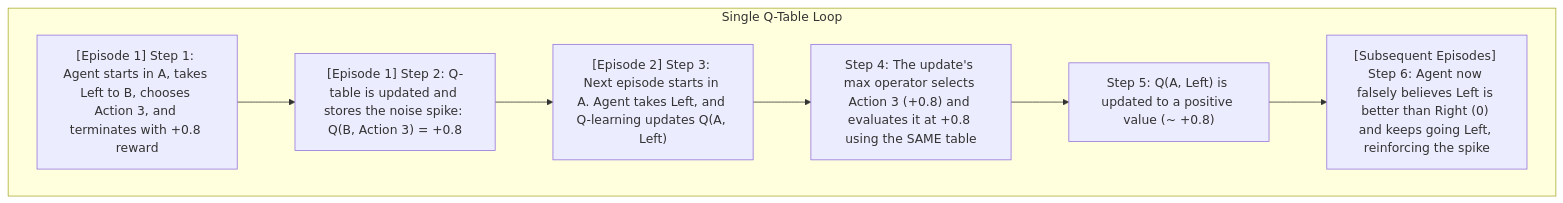
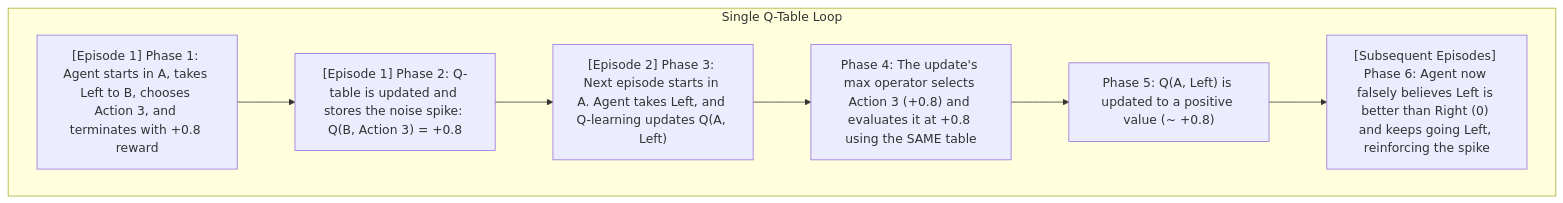
Before and after one commit to samratkar/drl: the sixth of 8 diagrams in barto-sutton-notes/lecture5-td/lecture5-td.md, drawn with Mermaid. The commit also changed other lines of this file, not shown here.

````diff
--- a/barto-sutton-notes/lecture5-td/lecture5-td.md
+++ b/barto-sutton-notes/lecture5-td/lecture5-td.md
@@ -1220,10 +1220,10 @@
 ```mermaid
 graph TD
     subgraph Single Q-Table Loop
-        S1["[Episode 1] Step 1: Agent starts in A, takes Left to B, chooses Action 3, and terminates with +0.8 reward"] --> S2["[Episode 1] Step 2: Q-table is updated and stores the noise spike: Q(B, Action 3) = +0.8"]
-        S2 --> S3["[Episode 2] Step 3: Next episode starts in A. Agent takes Left, and Q-learning updates Q(A, Left)"]
-        S3 --> S4["Step 4: The update's max operator selects Action 3 (+0.8) and evaluates it at +0.8 using the SAME table"]
-        S4 --> S5["Step 5: Q(A, Left) is updated to a positive value (~ +0.8)"]
-        S5 --> S6["[Subsequent Episodes] Step 6: Agent now falsely believes Left is better than Right (0) and keeps going Left, reinforcing the spike"]
+        S1["[Episode 1] Phase 1: Agent starts in A, takes Left to B, chooses Action 3, and terminates with +0.8 reward"] --> S2["[Episode 1] Phase 2: Q-table is updated and stores the noise spike: Q(B, Action 3) = +0.8"]
+        S2 --> S3["[Episode 2] Phase 3: Next episode starts in A. Agent takes Left, and Q-learning updates Q(A, Left)"]
+        S3 --> S4["Phase 4: The update's max operator selects Action 3 (+0.8) and evaluates it at +0.8 using the SAME table"]
+        S4 --> S5["Phase 5: Q(A, Left) is updated to a positive value (~ +0.8)"]
+        S5 --> S6["[Subsequent Episodes] Phase 6: Agent now falsely believes Left is better than Right (0) and keeps going Left, reinforcing the spike"]
     end
 ```
````
